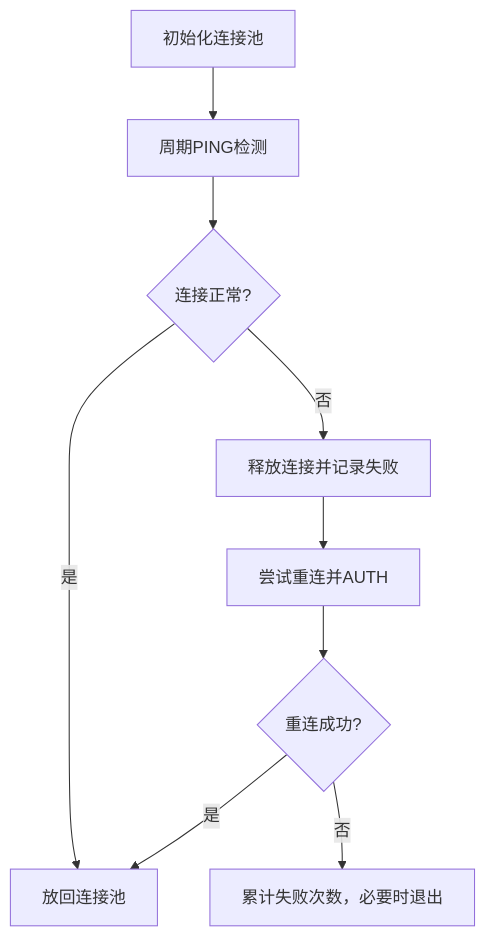
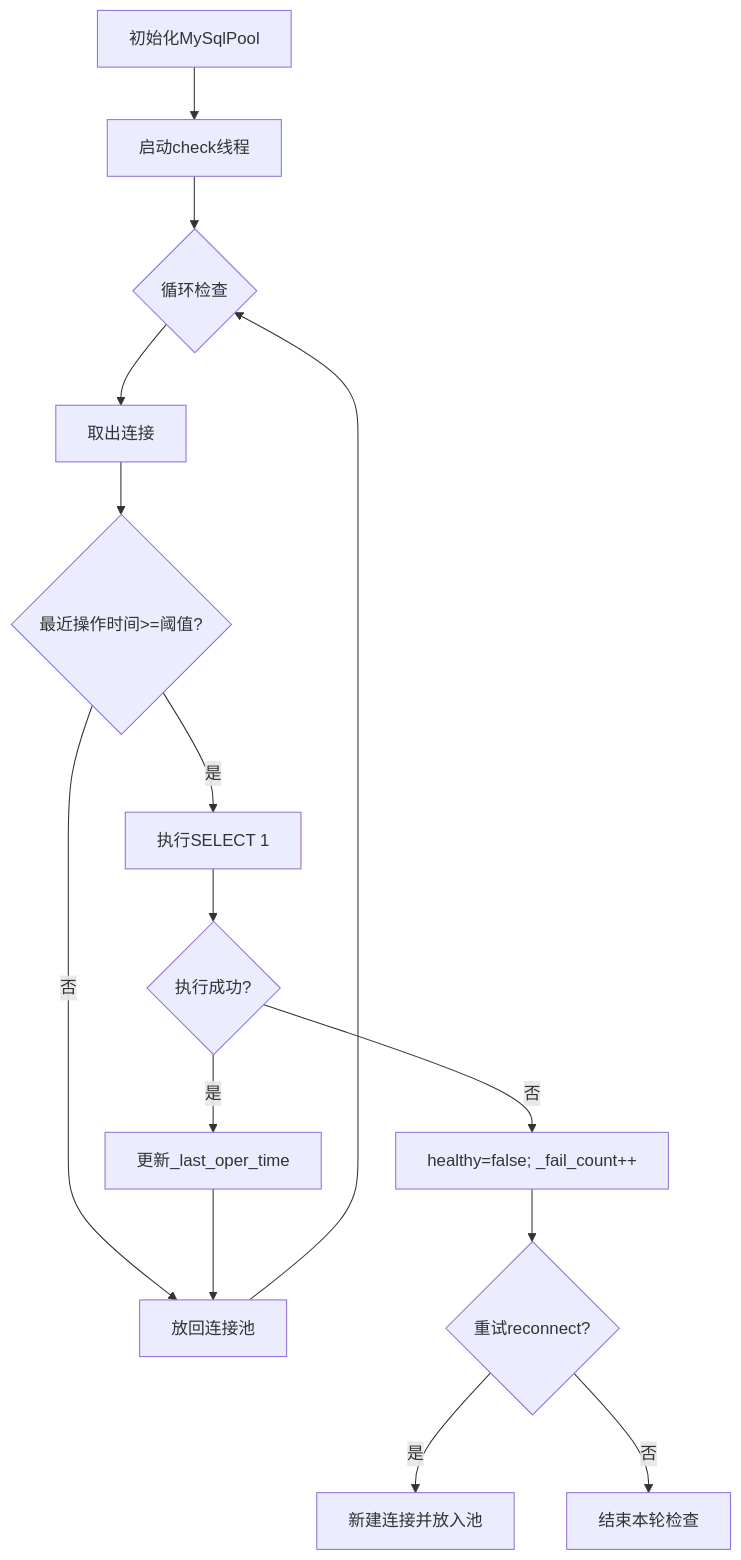
The fifth of 9 diagrams in .qoder/repowiki/zh/content/故障排查/故障排查.md (echo9923/mychatter), drawn with Mermaid before and after one commit. The commit also changed other lines of this file and 526 other files, not shown here.

````diff
--- a/.qoder/repowiki/zh/content/故障排查/故障排查.md
+++ b/.qoder/repowiki/zh/content/故障排查/故障排查.md
@@ -220,11 +206,17 @@
 ```mermaid
 flowchart TD
-Init["初始化连接池"] --> PingLoop["周期PING检测"]
-PingLoop --> Healthy{"连接正常?"}
-Healthy -- 是 --> Return["放回连接池"]
-Healthy -- 否 --> Free["释放连接并记录失败"]
-Free --> Reconnect["尝试重连并AUTH"]
-Reconnect --> Success{"重连成功?"}
-Success -- 是 --> Return
-Success -- 否 --> Retry["累计失败次数，必要时退出"]
+Init["初始化MySqlPool"] --> CheckThread["启动check线程"]
+CheckThread --> Loop{"循环检查"}
+Loop --> PopCon["取出连接"]
+PopCon --> Probe{"最近操作时间>=阈值?"}
+Probe --> |是| Exec["执行SELECT 1"]
+Exec --> OK{"执行成功?"}
+OK --> |是| UpdateTS["更新_last_oper_time"]
+OK --> |否| MarkFail["healthy=false; _fail_count++"]
+Probe --> |否| ReturnCon["放回连接池"]
+MarkFail --> ReconnectLoop{"重试reconnect?"}
+ReconnectLoop --> |是| NewCon["新建连接并放入池"]
+ReconnectLoop --> |否| End["结束本轮检查"]
+UpdateTS --> ReturnCon
+ReturnCon --> Loop
 ```
````
